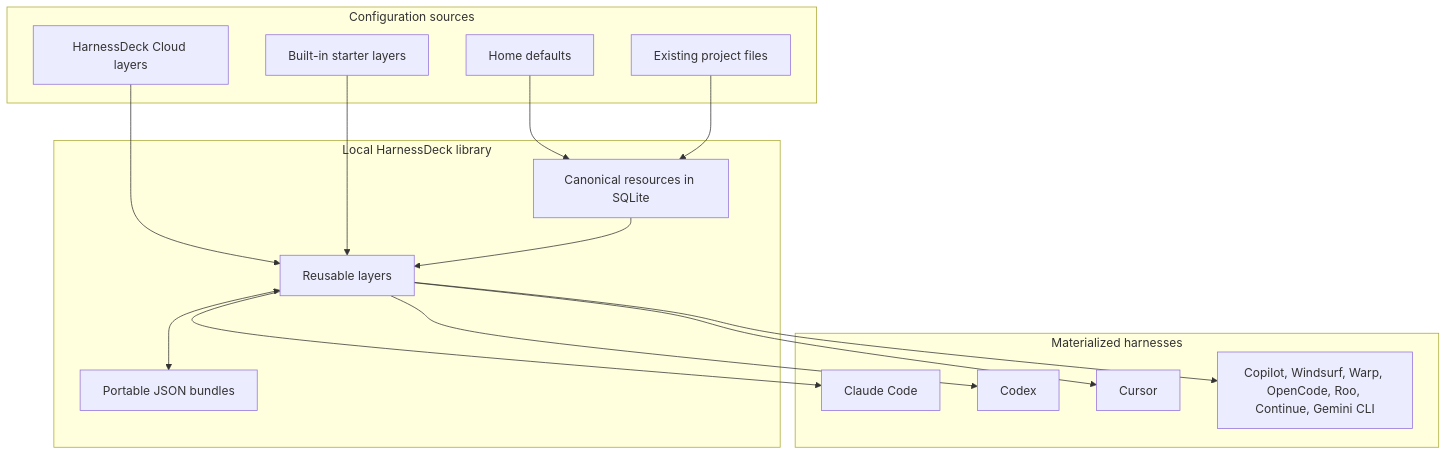
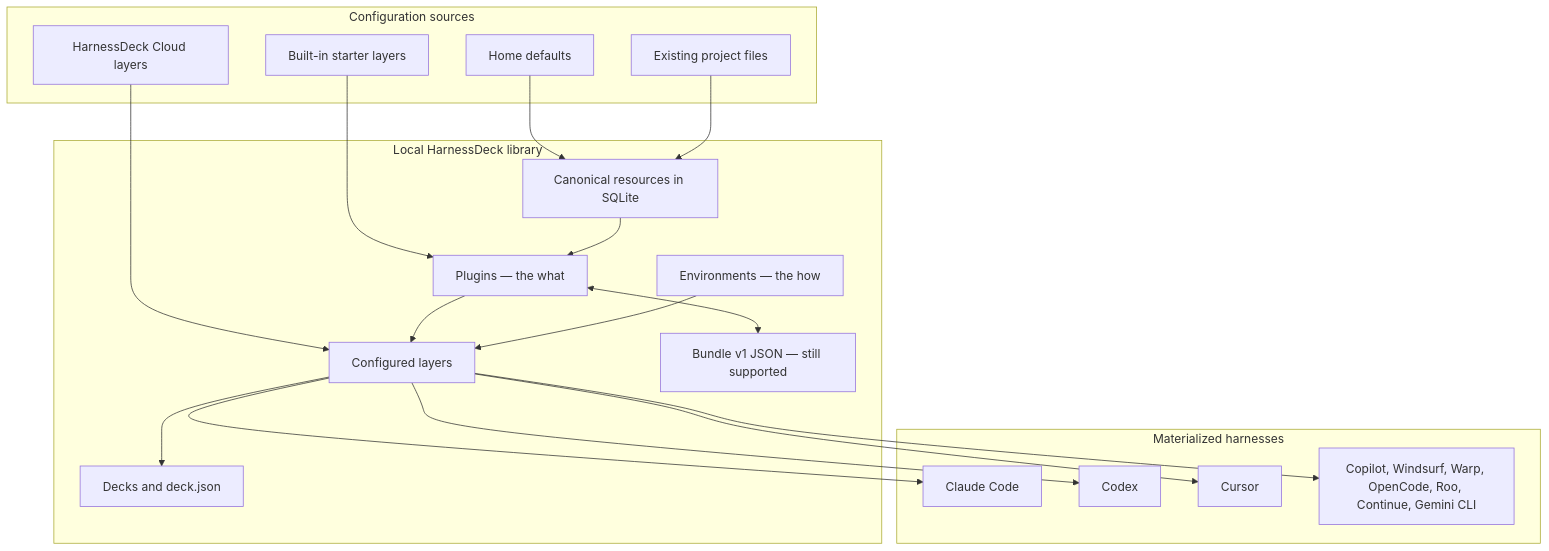
Before and after one commit to harnesstap/harnesstap: the first of 3 diagrams in README.md, drawn with Mermaid. The commit also changed other lines of this file and 1 other file, not shown here.

First line of the commit message:
docs: deck model, environments, and transportable format

````diff
--- a/README.md
+++ b/README.md
@@ -21,33 +22,39 @@
 ```mermaid
 flowchart TB
   subgraph Sources[Configuration sources]
     Home[Home defaults]
     Repo[Existing project files]
     Cloud[HarnessDeck Cloud layers]
     BuiltIn[Built-in starter layers]
   end
 
   subgraph Library[Local HarnessDeck library]
     Resources[Canonical resources in SQLite]
-    Layers[Reusable layers]
-    Bundles[Portable JSON bundles]
+    Plugins[Plugins — the what]
+    Envs[Environments — the how]
+    Layers[Configured layers]
+    Decks[Decks and deck.json]
+    Bundles[Bundle v1 JSON — still supported]
   end
 
   subgraph Targets[Materialized harnesses]
     Claude[Claude Code]
     Codex[Codex]
     Cursor[Cursor]
     Generic[Copilot, Windsurf, Warp, OpenCode, Roo, Continue, Gemini CLI]
   end
 
   Home --> Resources
   Repo --> Resources
   Cloud --> Layers
-  BuiltIn --> Layers
-  Resources --> Layers
-  Layers <--> Bundles
+  BuiltIn --> Plugins
+  Resources --> Plugins
+  Plugins --> Layers
+  Envs --> Layers
+  Layers --> Decks
+  Plugins <--> Bundles
   Layers --> Claude
   Layers --> Codex
   Layers --> Cursor
   Layers --> Generic
 ```
````
